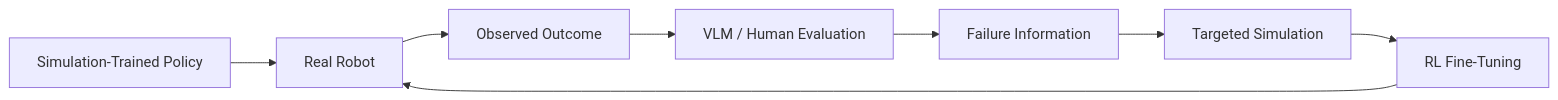
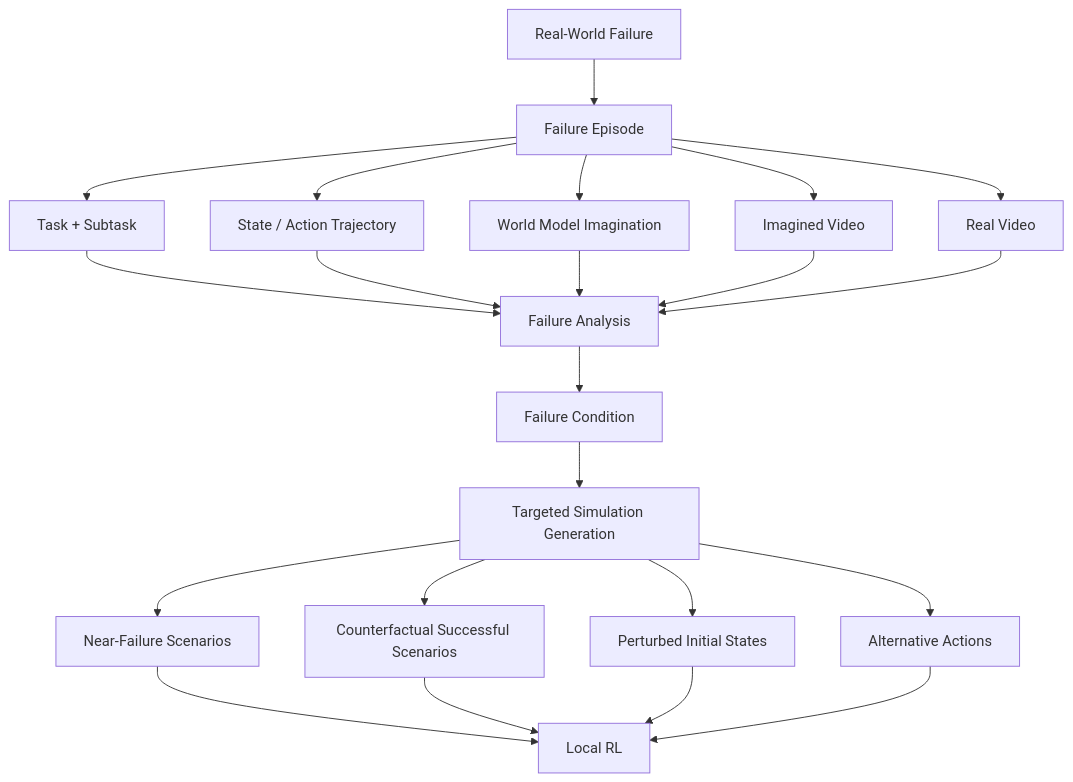
One commit to Freelunch-AI/freelunch-ide changed the eighth of 13 diagrams in docs/specs/post-demo/lunch_robotics.md. Above: the diagram before and after it, drawn with Mermaid. The commit also changed other lines of this file, not shown here.

````diff
--- a/docs/specs/post-demo/lunch_robotics.md
+++ b/docs/specs/post-demo/lunch_robotics.md
@@ -1053,13 +657,30 @@
 ```mermaid
-flowchart LR
-    A["Simulation-Trained Policy"]
-    --> B["Real Robot"]
+flowchart TD
+    A["Real-World Failure"] --> B["Failure Episode"]
 
-    B --> C["Observed Outcome"]
-    C --> D["VLM / Human Evaluation"]
-    D --> E["Failure Information"]
+    B --> C["Task + Subtask"]
+    B --> D["State / Action Trajectory"]
+    B --> E["World Model Imagination"]
+    B --> F["Imagined Video"]
+    B --> G["Real Video"]
 
-    E --> F["Targeted Simulation"]
-    F --> G["RL Fine-Tuning"]
-    G --> B
+    C --> H["Failure Analysis"]
+    D --> H
+    E --> H
+    F --> H
+    G --> H
+
+    H --> I["Failure Condition"]
+
+    I --> J["Targeted Simulation Generation"]
+
+    J --> K["Near-Failure Scenarios"]
+    J --> L["Counterfactual Successful Scenarios"]
+    J --> M["Perturbed Initial States"]
+    J --> N["Alternative Actions"]
+
+    K --> O["Local RL"]
+    L --> O
+    M --> O
+    N --> O
 ```
````
